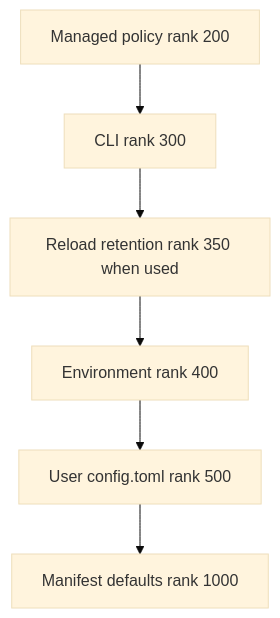
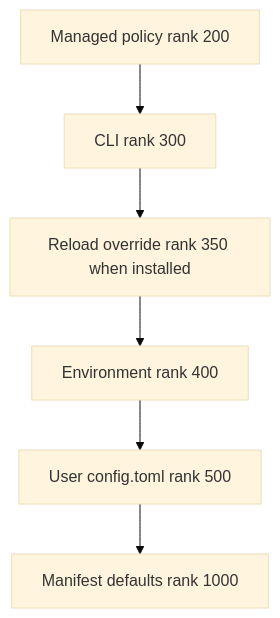
One commit to langchain-ai/deepagents changed the first of 3 diagrams in openwiki/concepts/config-layering.md. Above: the diagram before and after it, drawn with Mermaid (base theme). The commit also changed other lines of this file and 67 other files, not shown here.

````diff
--- a/openwiki/concepts/config-layering.md
+++ b/openwiki/concepts/config-layering.md
@@ -55,8 +59,8 @@
 ```mermaid
 flowchart TD
     M["Managed policy rank 200"] --> C["CLI rank 300"]
-    C --> R["Reload retention rank 350 when used"]
+    C --> R["Reload override rank 350 when installed"]
     R --> E["Environment rank 400"]
     E --> U["User config.toml rank 500"]
     U --> D["Manifest defaults rank 1000"]
 ```
````
